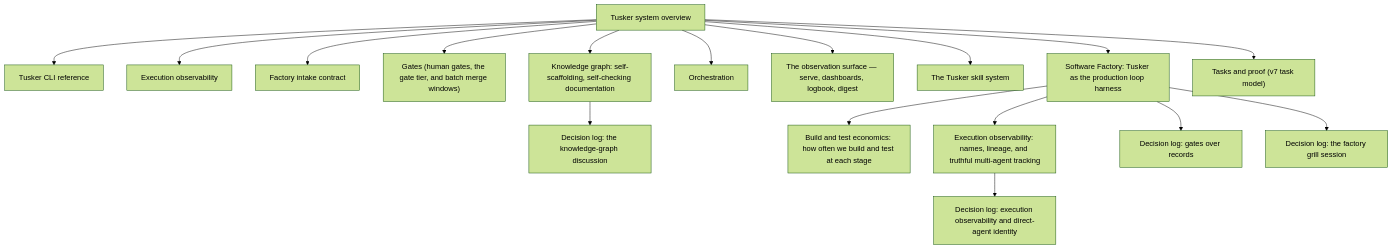
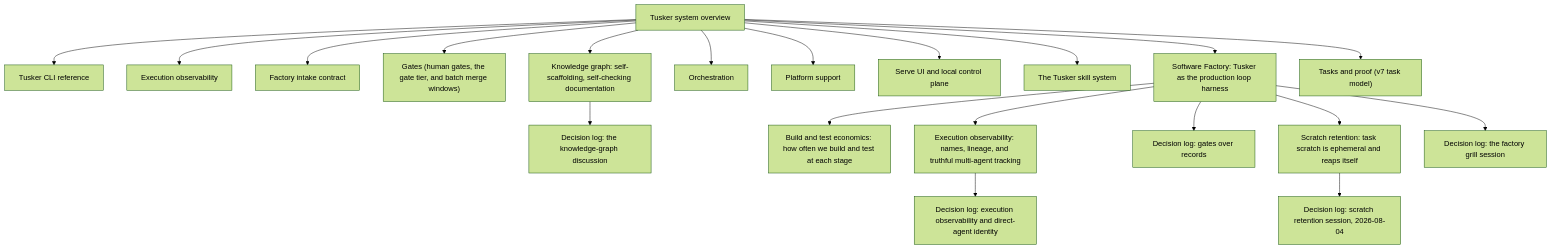
Before and after one commit to srv1n/tusker: the second of 2 diagrams in docs/system/00-overview.md, drawn with Mermaid (forest theme). The commit also changed other lines of this file and 275 other files, not shown here.

````diff
--- a/docs/system/00-overview.md
+++ b/docs/system/00-overview.md
@@ -115,36 +121,42 @@
 ```mermaid
 graph TD
   n_build_and_test_economics["Build and test economics: how often we build and test at each stage"]
   n_cli["Tusker CLI reference"]
   n_execution_observability["Execution observability: names, lineage, and truthful multi-agent tracking"]
   n_execution_observability_grill["Decision log: execution observability and direct-agent identity"]
   n_execution_observability_system["Execution observability"]
   n_factory_intake["Factory intake contract"]
   n_gates["Gates (human gates, the gate tier, and batch merge windows)"]
   n_gates_over_records["Decision log: gates over records"]
   n_knowledge_graph["Knowledge graph: self-scaffolding, self-checking documentation"]
   n_knowledge_graph_grill["Decision log: the knowledge-graph discussion"]
   n_orchestration["Orchestration"]
   n_overview["Tusker system overview"]
-  n_serve_ui["The observation surface — serve, dashboards, logbook, digest"]
+  n_platform_support["Platform support"]
+  n_scratch_retention["Scratch retention: task scratch is ephemeral and reaps itself"]
+  n_scratch_retention_grill["Decision log: scratch retention session, 2026-08-04"]
+  n_serve_ui["Serve UI and local control plane"]
   n_skills["The Tusker skill system"]
   n_software_factory["Software Factory: Tusker as the production loop harness"]
   n_software_factory_grill["Decision log: the factory grill session"]
   n_tasks_and_proof["Tasks and proof (v7 task model)"]
   n_software_factory --> n_build_and_test_economics
   n_overview --> n_cli
   n_software_factory --> n_execution_observability
   n_execution_observability --> n_execution_observability_grill
   n_overview --> n_execution_observability_system
   n_overview --> n_factory_intake
   n_overview --> n_gates
   n_software_factory --> n_gates_over_records
   n_overview --> n_knowledge_graph
   n_knowledge_graph --> n_knowledge_graph_grill
   n_overview --> n_orchestration
+  n_overview --> n_platform_support
+  n_software_factory --> n_scratch_retention
+  n_scratch_retention --> n_scratch_retention_grill
   n_overview --> n_serve_ui
   n_overview --> n_skills
   n_overview --> n_software_factory
   n_software_factory --> n_software_factory_grill
   n_overview --> n_tasks_and_proof
 ```
````
